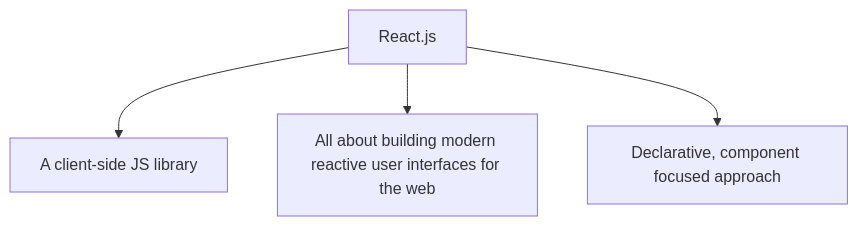
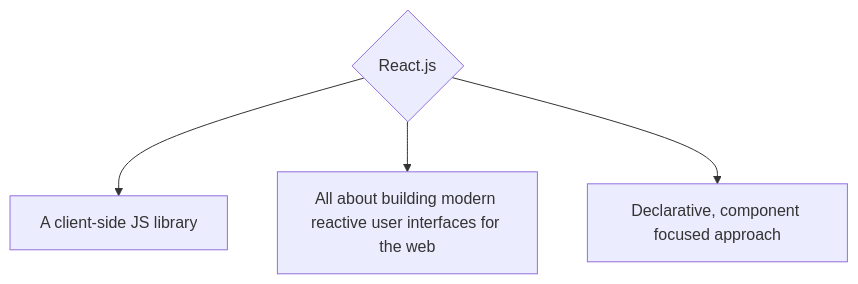
Before and after one commit to AriiMe/Functions-challenge: the diagram in README.md, drawn with Mermaid.

````diff
--- a/README.md
+++ b/README.md
@@ -1,6 +1,6 @@
 ```mermaid
 flowchart TD
-    A[React.js] --> B[A client-side JS library];
+    A{React.js} --> B[A client-side JS library];
     A --> C[All about building modern reactive user interfaces for the web];
     A --> D[Declarative, component focused approach]
 ```
````
